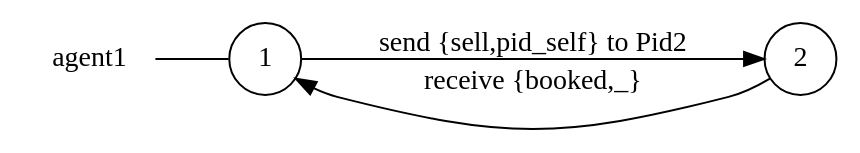
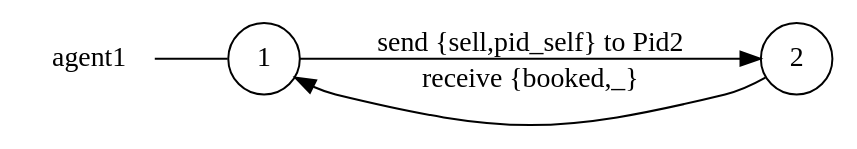
One commit to gabrielegenovese/chorer changed the diagram in examples/airline/agent1_local_view.dot. Above: the diagram before and after it, drawn with Graphviz. The commit also changed other lines of this file and 184 other files, not shown here.

```diff
--- a/examples/airline/agent1_local_view.dot
+++ b/examples/airline/agent1_local_view.dot
@@ -1,10 +1,10 @@
 digraph agent1 {
 	rankdir="LR";
 	n_0 [label="agent1", shape="plaintext"];
 	n_1 [id="1", shape=circle, label="1"];
 	n_0 -> n_1 [arrowhead=none];
 	n_2 [id="2", shape=circle, label="2"];
 
+	n_2 -> n_1 [id="[$e|3]", label="receive {booked,_}"];
 	n_1 -> n_2 [id="[$e|0]", label="send {sell,pid_self} to Pid2"];
-	n_2 -> n_1 [id="[$e|3]", label="receive {booked,_}"];
 }
```
